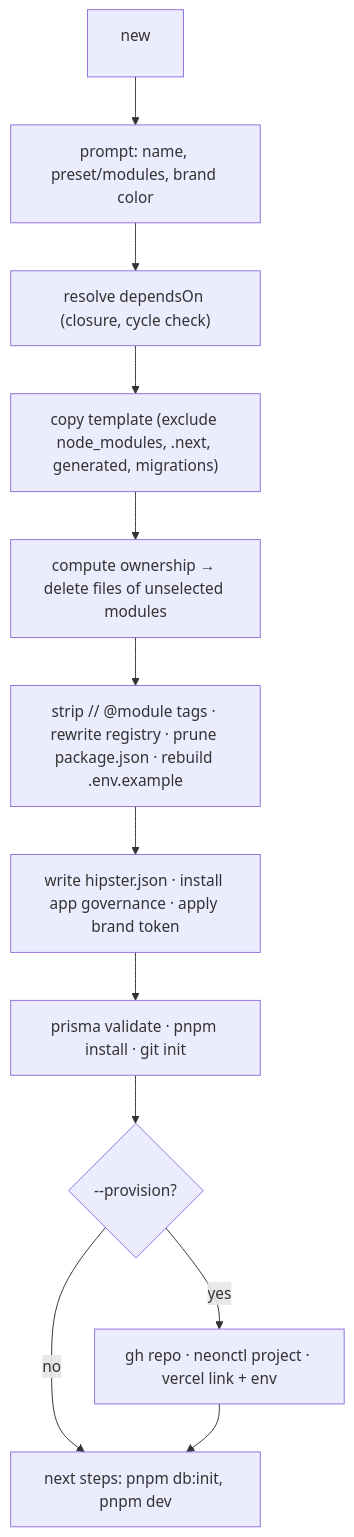
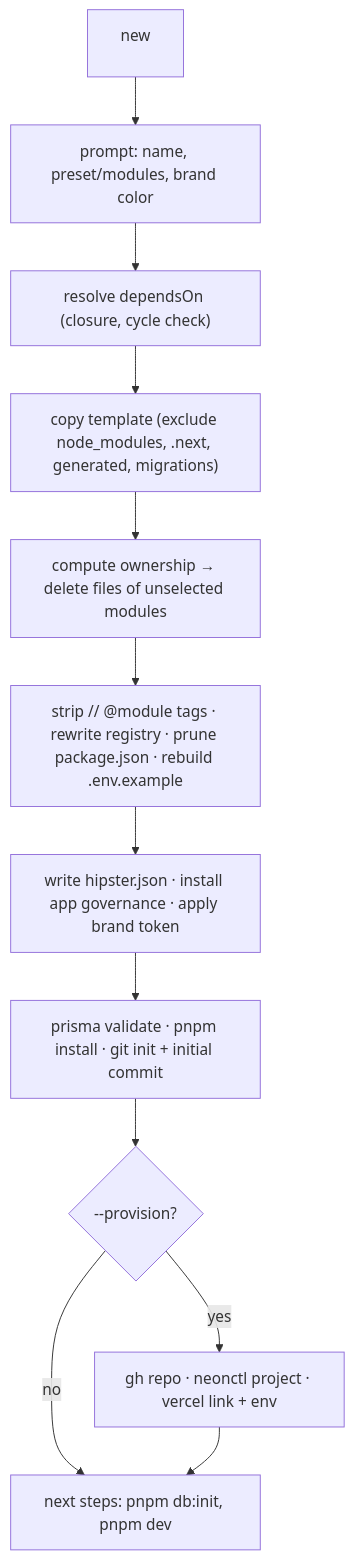
One commit to DigitalHerencia/CodependentCoding changed the second of 2 diagrams in context/docs/Architecture.md. Above: the diagram before and after it, drawn with Mermaid. The commit also changed 15 other files, not shown here.

First line of the commit message:
feat(cli): post-compose git init, install and opt-in --provision (CC-031) (#244)

````diff
--- a/context/docs/Architecture.md
+++ b/context/docs/Architecture.md
@@ -269,14 +269,14 @@
 ```mermaid
 flowchart TD
   A["new <dir>"] --> B["prompt: name, preset/modules, brand color"]
   B --> C["resolve dependsOn (closure, cycle check)"]
   C --> D["copy template (exclude node_modules, .next, generated, migrations)"]
   D --> E["compute ownership → delete files of unselected modules"]
   E --> F["strip // @module tags · rewrite registry · prune package.json · rebuild .env.example"]
   F --> G["write hipster.json · install app governance · apply brand token"]
-  G --> H["prisma validate · pnpm install · git init"]
+  G --> H["prisma validate · pnpm install · git init + initial commit"]
   H --> I{"--provision?"}
   I -- yes --> J["gh repo · neonctl project · vercel link + env"]
   I -- no --> K["next steps: pnpm db:init, pnpm dev"]
   J --> K
 ```
````
